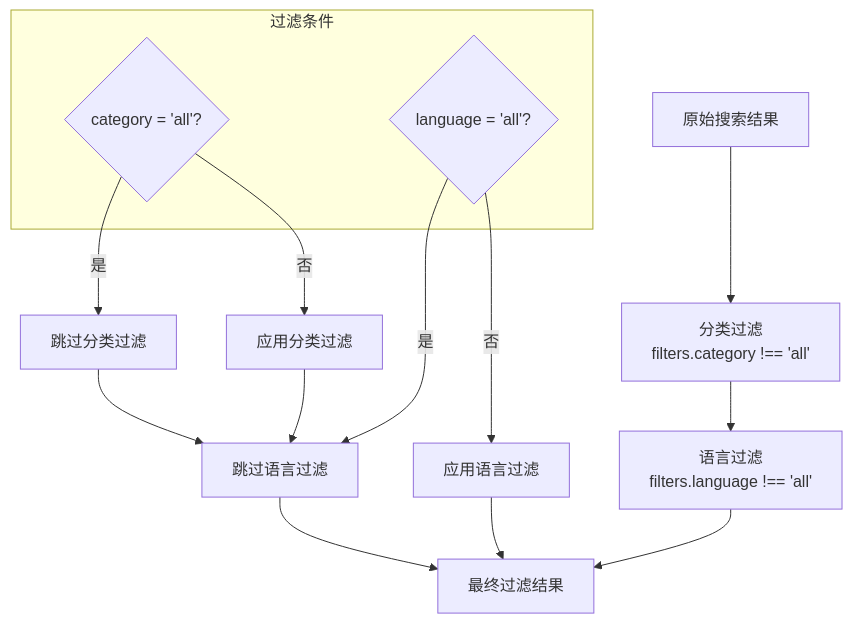
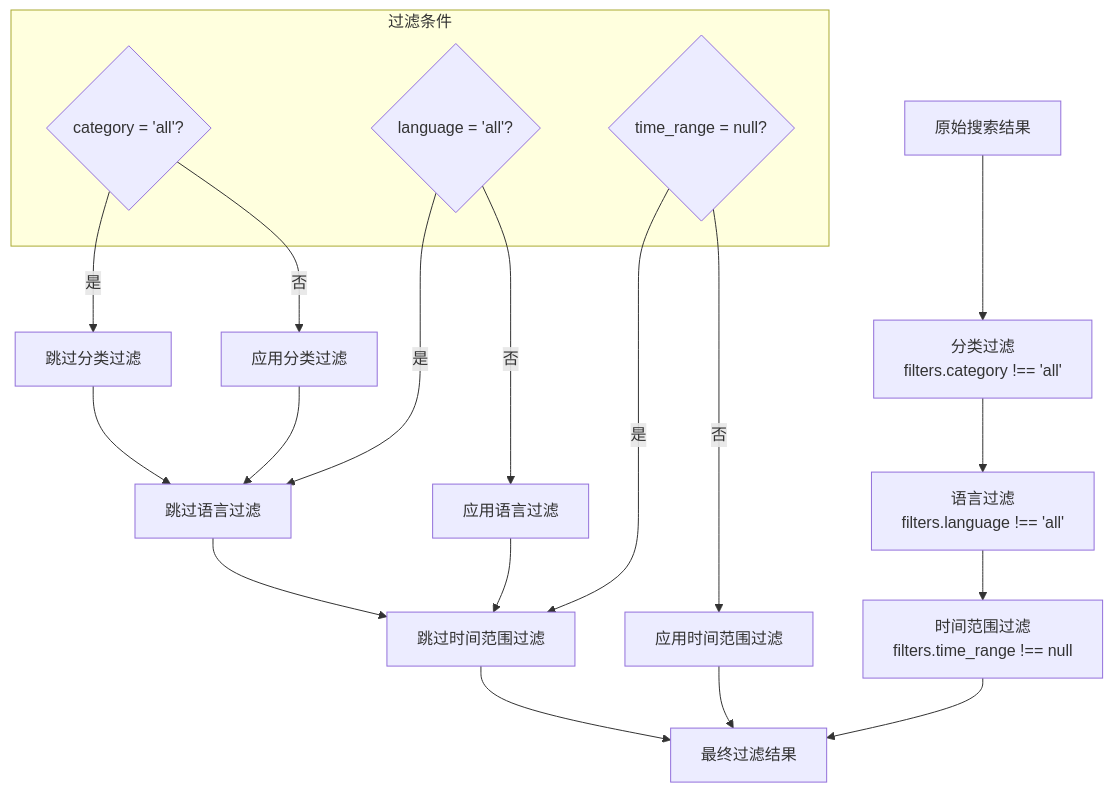
The fifth of 10 diagrams in .qoder/repowiki/zh/content/系统架构设计/前端架构设计/状态管理与自定义Hook/useSearch Hook - 搜索状态管理.md (wangdy21/search_is_all_you_need), drawn with Mermaid before and after one commit. The commit also changed other lines of this file and 11 other files, not shown here.

````diff
--- a/.qoder/repowiki/zh/content/系统架构设计/前端架构设计/状态管理与自定义Hook/useSearch Hook - 搜索状态管理.md
+++ b/.qoder/repowiki/zh/content/系统架构设计/前端架构设计/状态管理与自定义Hook/useSearch Hook - 搜索状态管理.md
@@ -204,18 +221,24 @@
 ```mermaid
 flowchart TD
 Results[原始搜索结果] --> CategoryFilter["分类过滤<br/>filters.category !== 'all'"]
 CategoryFilter --> LanguageFilter["语言过滤<br/>filters.language !== 'all'"]
-LanguageFilter --> FinalResults[最终过滤结果]
+LanguageFilter --> TimeRangeFilter["时间范围过滤<br/>filters.time_range !== null"]
+TimeRangeFilter --> FinalResults[最终过滤结果]
 subgraph "过滤条件"
 CategoryAll{"category = 'all'?"}
 LanguageAll{"language = 'all'?"}
+TimeRangeNull{"time_range = null?"}
 end
 CategoryAll --> |是| SkipCategory["跳过分类过滤"]
 CategoryAll --> |否| ApplyCategory["应用分类过滤"]
 LanguageAll --> |是| SkipLanguage["跳过语言过滤"]
 LanguageAll --> |否| ApplyLanguage["应用语言过滤"]
+TimeRangeNull --> |是| SkipTime["跳过时间范围过滤"]
+TimeRangeNull --> |否| ApplyTime["应用时间范围过滤"]
 SkipCategory --> SkipLanguage
 ApplyCategory --> SkipLanguage
-SkipLanguage --> FinalResults
-ApplyLanguage --> FinalResults
+SkipLanguage --> SkipTime
+ApplyLanguage --> SkipTime
+SkipTime --> FinalResults
+ApplyTime --> FinalResults
 ```
````
